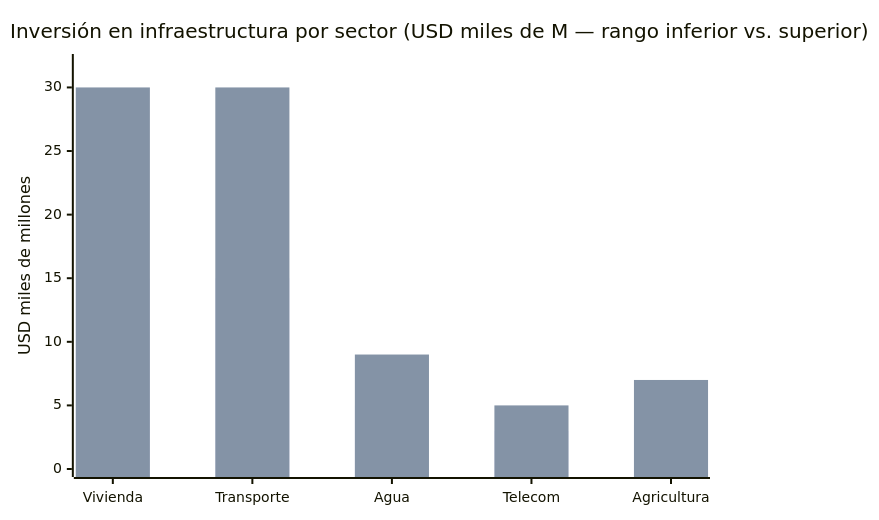
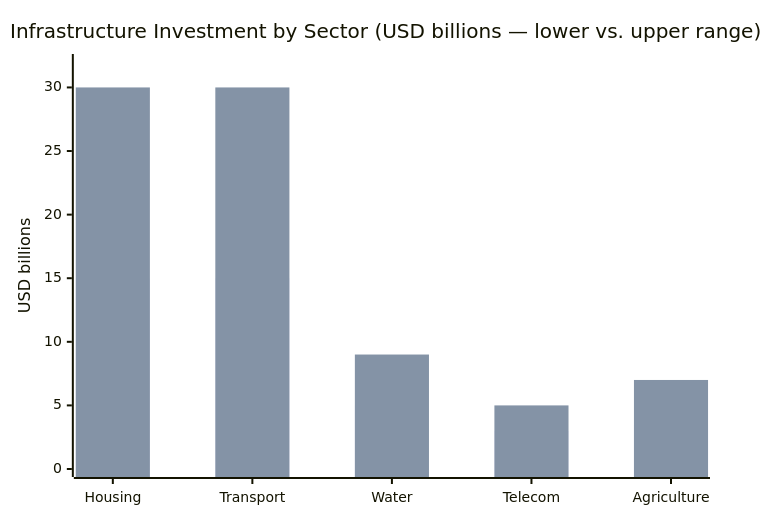
Before and after one commit to Venezuela-S-A/venezuela-sa: the first of 2 diagrams in i18n/en/docusaurus-plugin-content-docs/current/06-realidad/infraestructura-basica.md, drawn with Mermaid. The commit also changed other lines of this file and 127 other files, not shown here.

````diff
--- a/i18n/en/docusaurus-plugin-content-docs/current/06-realidad/infraestructura-basica.md
+++ b/i18n/en/docusaurus-plugin-content-docs/current/06-realidad/infraestructura-basica.md
@@ -151,8 +151,8 @@
 ```mermaid
 xychart-beta
-    title "Inversión en infraestructura por sector (USD miles de M — rango inferior vs. superior)"
-    x-axis ["Vivienda", "Transporte", "Agua", "Telecom", "Agricultura"]
-    y-axis "USD miles de millones" 0 --> 32
+    title "Infrastructure Investment by Sector (USD billions — lower vs. upper range)"
+    x-axis ["Housing", "Transport", "Water", "Telecom", "Agriculture"]
+    y-axis "USD billions" 0 --> 32
     bar [15, 15, 5, 3, 3.5]
     bar [30, 30, 9, 5, 7]
 ```
````
